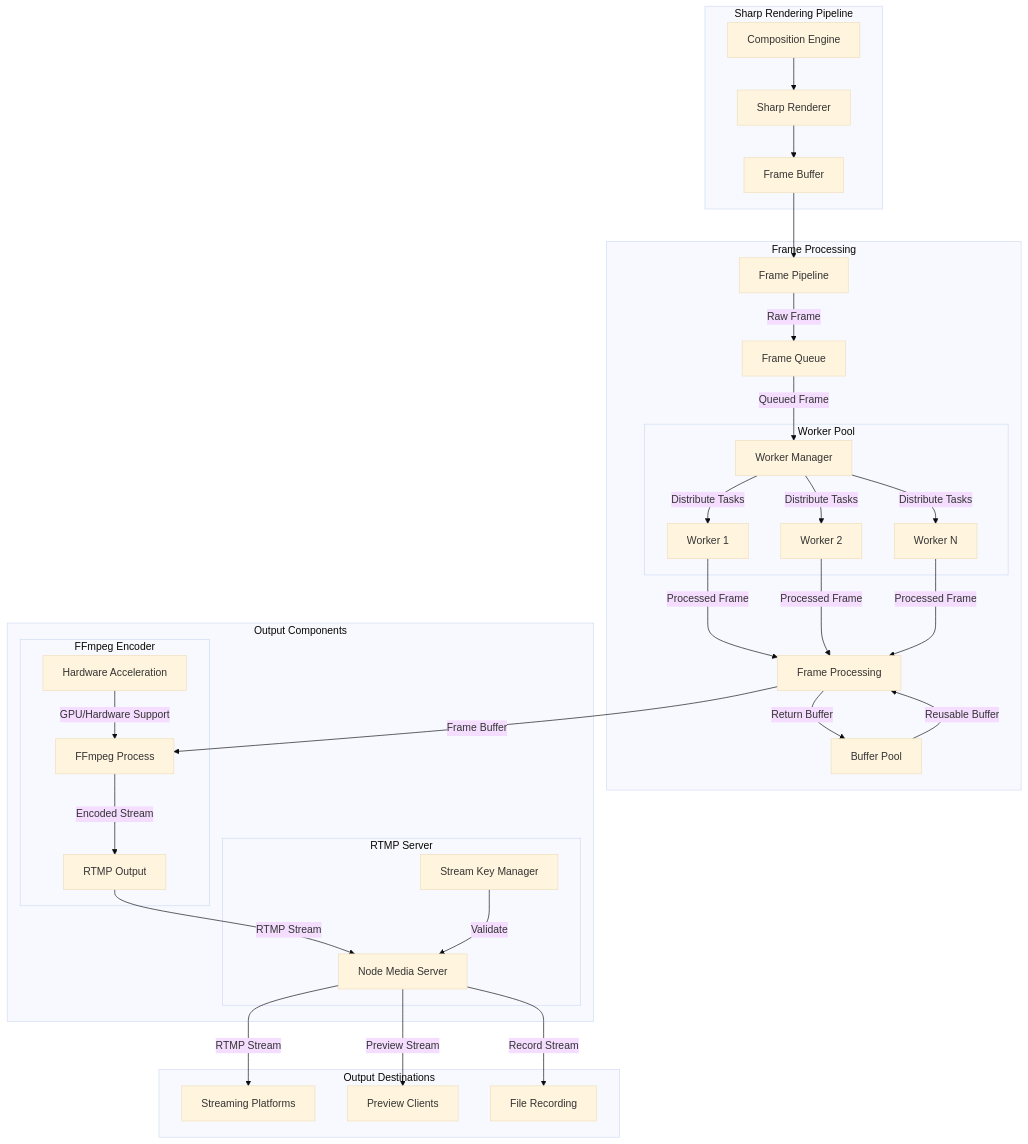
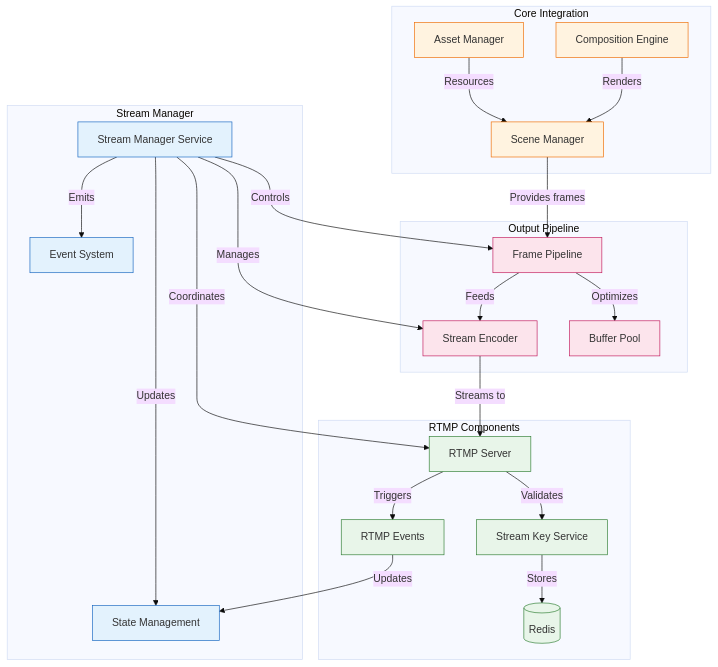
The diagram in apps/stream-manager/src/streaming/README.md (bigshellpliskin/sothebais), drawn with Mermaid (base theme) before and after one commit. The commit also changed other lines of this file and 10 other files, not shown here.

First line of the commit message:
Remove Stream Manager Documentation and Cleanup Project Structure

````diff
--- a/apps/stream-manager/src/streaming/README.md
+++ b/apps/stream-manager/src/streaming/README.md
@@ -7,67 +69,60 @@
 ```mermaid
 graph TD
-    subgraph Input ["Sharp Rendering Pipeline"]
-        Composition[Composition Engine]
-        SharpRenderer[Sharp Renderer]
-        FrameBuffer[Frame Buffer]
+    subgraph StreamManager ["Stream Manager"]
+        SM[Stream Manager Service]
+        State[State Management]
+        Events[Event System]
     end
 
-    subgraph Processing ["Frame Processing"]
-        Pipeline[Frame Pipeline]
-        
-        subgraph Workers ["Worker Pool"]
-            WorkerPool[Worker Manager]
-            Worker1[Worker 1]
-            Worker2[Worker 2]
-            WorkerN[Worker N]
-            
-            WorkerPool -->|"Distribute Tasks"| Worker1
-            WorkerPool -->|"Distribute Tasks"| Worker2
-            WorkerPool -->|"Distribute Tasks"| WorkerN
-        end
-        
-        Process[Frame Processing]
-        Queue[Frame Queue]
-        Pool[Buffer Pool]
-        
-        Pipeline -->|"Raw Frame"| Queue
-        Queue -->|"Queued Frame"| WorkerPool
-        Worker1 & Worker2 & WorkerN -->|"Processed Frame"| Process
-        Pool -->|"Reusable Buffer"| Process
-        Process -->|"Return Buffer"| Pool
+    subgraph RTMP ["RTMP Components"]
+        Server[RTMP Server]
+        KeyService[Stream Key Service]
+        RTMPEvents[RTMP Events]
+        Redis[(Redis)]
     end
 
-    subgraph Output ["Output Components"]
-        subgraph Encoder ["FFmpeg Encoder"]
-            EncodeProcess[FFmpeg Process]
-            HWAccel[Hardware Acceleration]
-            RTMPOutput[RTMP Output]
-            
-            Process -->|"Frame Buffer"| EncodeProcess
-            HWAccel -->|"GPU/Hardware Support"| EncodeProcess
-            EncodeProcess -->|"Encoded Stream"| RTMPOutput
-        end
-
-        subgraph RTMP ["RTMP Server"]
-            RTMPServer[Node Media Server]
-            StreamKeys[Stream Key Manager]
-            
-            RTMPOutput -->|"RTMP Stream"| RTMPServer
-            StreamKeys -->|"Validate"| RTMPServer
-        end
+    subgraph Output ["Output Pipeline"]
+        Pipeline[Frame Pipeline]
+        Encoder[Stream Encoder]
+        Buffer[Buffer Pool]
     end
 
-    subgraph Destinations ["Output Destinations"]
-        Platforms[Streaming Platforms]
-        Preview[Preview Clients]
-        Recording[File Recording]
-        
-        RTMPServer -->|"RTMP Stream"| Platforms
-        RTMPServer -->|"Preview Stream"| Preview
-        RTMPServer -->|"Record Stream"| Recording
+    subgraph Core ["Core Integration"]
+        Scene[Scene Manager]
+        Assets[Asset Manager]
+        Compose[Composition Engine]
     end
 
-    Composition --> SharpRenderer
-    SharpRenderer --> FrameBuffer
-    FrameBuffer --> Pipeline
+    %% Stream Manager relationships
+    SM -->|"Coordinates"| Server
+    SM -->|"Controls"| Pipeline
+    SM -->|"Manages"| Encoder
+    SM -->|"Updates"| State
+    SM -->|"Emits"| Events
+
+    %% RTMP relationships
+    Server -->|"Validates"| KeyService
+    KeyService -->|"Stores"| Redis
+    Server -->|"Triggers"| RTMPEvents
+    RTMPEvents -->|"Updates"| State
+
+    %% Output relationships
+    Pipeline -->|"Optimizes"| Buffer
+    Pipeline -->|"Feeds"| Encoder
+    Encoder -->|"Streams to"| Server
+
+    %% Core relationships
+    Scene -->|"Provides frames"| Pipeline
+    Assets -->|"Resources"| Scene
+    Compose -->|"Renders"| Scene
+
+    classDef manager fill:#e3f2fd,stroke:#1565c0;
+    classDef rtmp fill:#e8f5e9,stroke:#2e7d32;
+    classDef output fill:#fce4ec,stroke:#c2185b;
+    classDef core fill:#fff3e0,stroke:#ef6c00;
+
+    class SM,State,Events manager;
+    class Server,KeyService,RTMPEvents,Redis rtmp;
+    class Pipeline,Encoder,Buffer output;
+    class Scene,Assets,Compose core;
 ```
````
